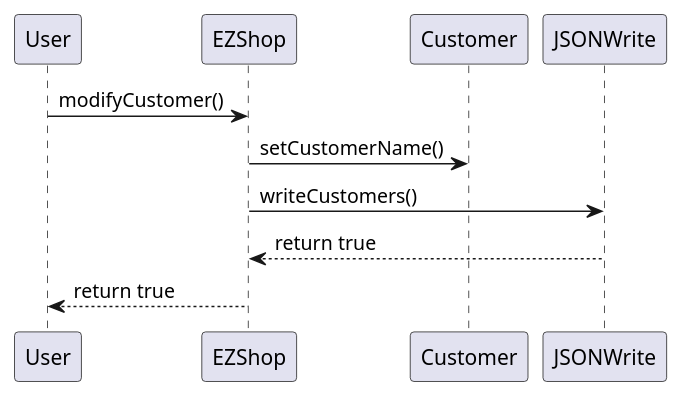
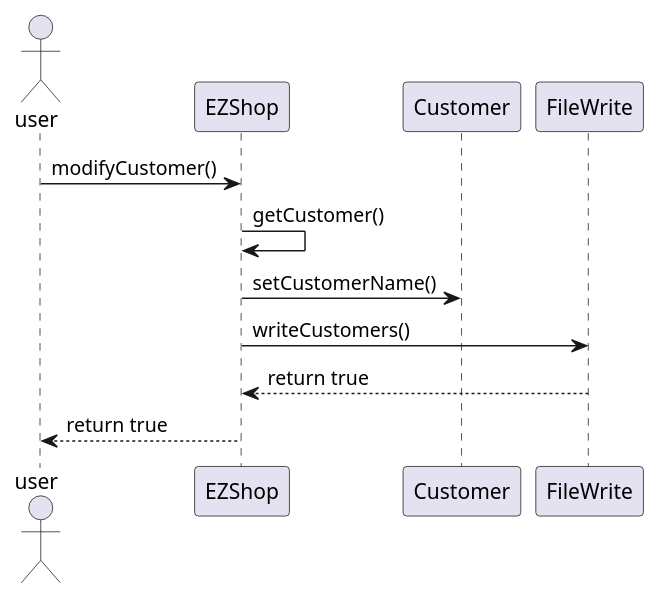
One commit to giuseppesalvi/ezshop changed diagram 15 of 28 in Deliverables/DesignDocument.md. Above: the diagram before and after it, drawn with PlantUML. The commit also changed other lines of this file, not shown here.

Commit message:
Update DesignDocument.md: sequence diagram, class diagram, package diagram

````diff
--- a/Deliverables/DesignDocument.md
+++ b/Deliverables/DesignDocument.md
@@ -484,13 +490,14 @@
 ```plantuml
 @startuml
-participant User
+actor user
 participant EZShop
 participant Customer
-participant JSONWrite
-User -> EZShop : modifyCustomer()
+participant FileWrite
+user -> EZShop : modifyCustomer()
+EZShop -> EZShop : getCustomer()
 EZShop -> Customer : setCustomerName()
-EZShop -> JSONWrite : writeCustomers()
-EZShop <-- JSONWrite : return true
-User <-- EZShop : return true
+EZShop -> FileWrite : writeCustomers()
+EZShop <-- FileWrite : return true
+user <-- EZShop : return true
 @enduml
 ```
````
